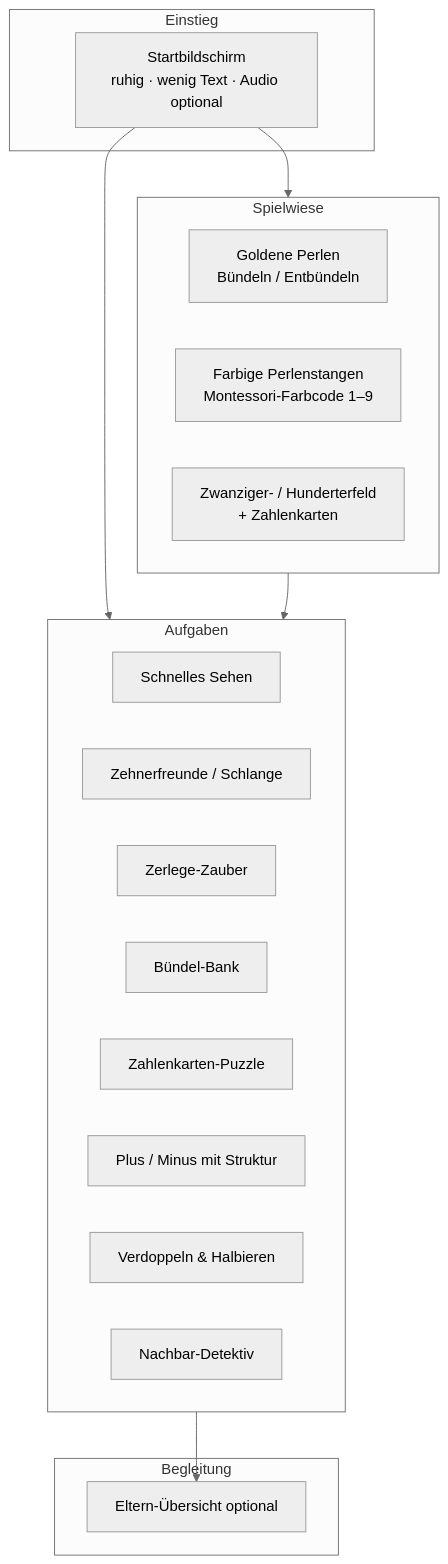
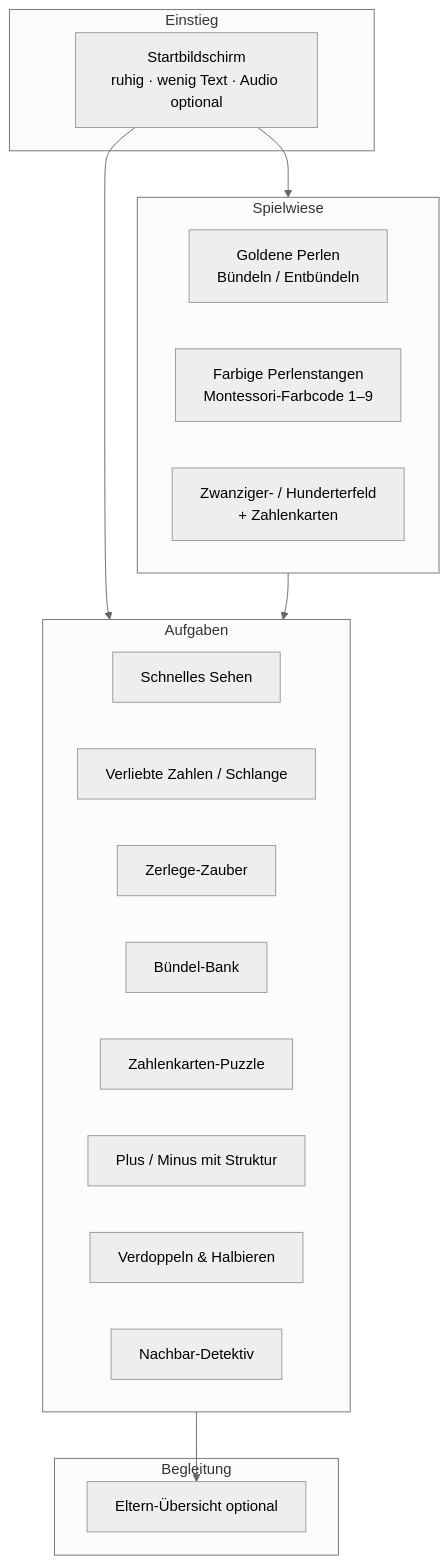
The diagram in docs/KONZEPT.md (matthiassuetterlin/groks-zahlenwerkstatt), drawn with Mermaid (neutral theme) before and after one commit. The commit also changed other lines of this file and 34 other files, not shown here.

First line of the commit message:
v3: Perlen-Physik, gemeinsamer Baukasten, Verliebte Zahlen, Einstellungen, Layouts ohne Scrollen

````diff
--- a/docs/KONZEPT.md
+++ b/docs/KONZEPT.md
@@ -142,32 +142,32 @@
 ```mermaid
 flowchart TB
   subgraph Einstieg
     A[Startbildschirm<br/>ruhig · wenig Text · Audio optional]
   end
 
   subgraph Spielwiese
     B1[Goldene Perlen<br/>Bündeln / Entbündeln]
     B2[Farbige Perlenstangen<br/>Montessori-Farbcode 1–9]
     B3[Zwanziger- / Hunderterfeld<br/>+ Zahlenkarten]
   end
 
   subgraph Aufgaben
     C1[Schnelles Sehen]
-    C2[Zehnerfreunde / Schlange]
+    C2[Verliebte Zahlen / Schlange]
     C3[Zerlege-Zauber]
     C4[Bündel-Bank]
     C5[Zahlenkarten-Puzzle]
     C6[Plus / Minus mit Struktur]
     C7[Verdoppeln & Halbieren]
     C8[Nachbar-Detektiv]
   end
 
   subgraph Begleitung
     D[Eltern-Übersicht optional]
   end
 
   A --> Spielwiese
   A --> Aufgaben
   Spielwiese --> Aufgaben
   Aufgaben --> D
 ```
````
